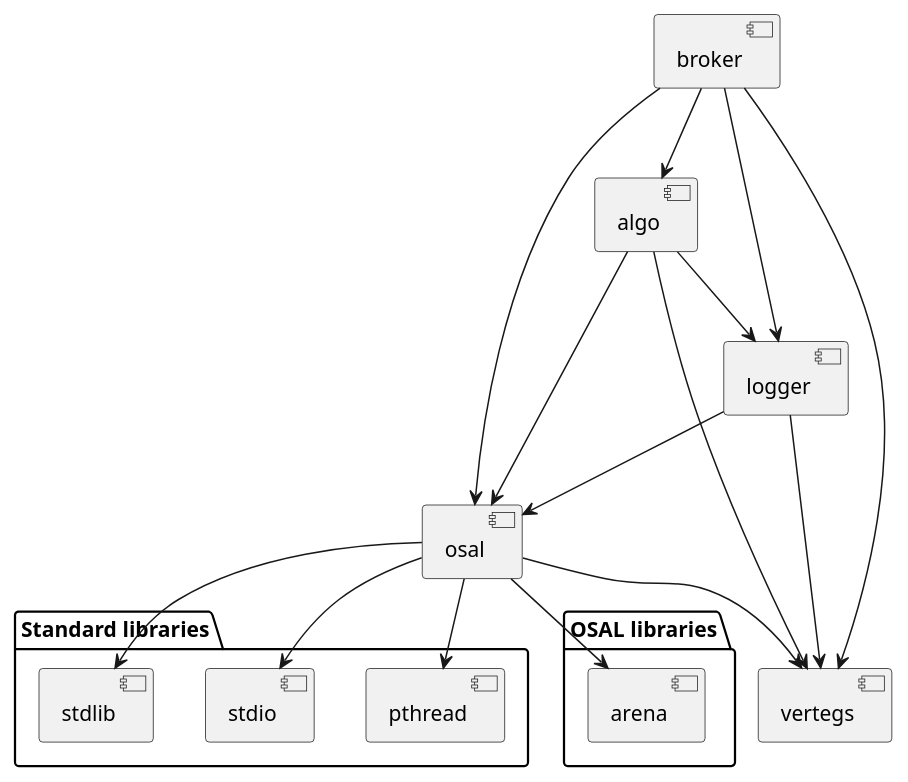
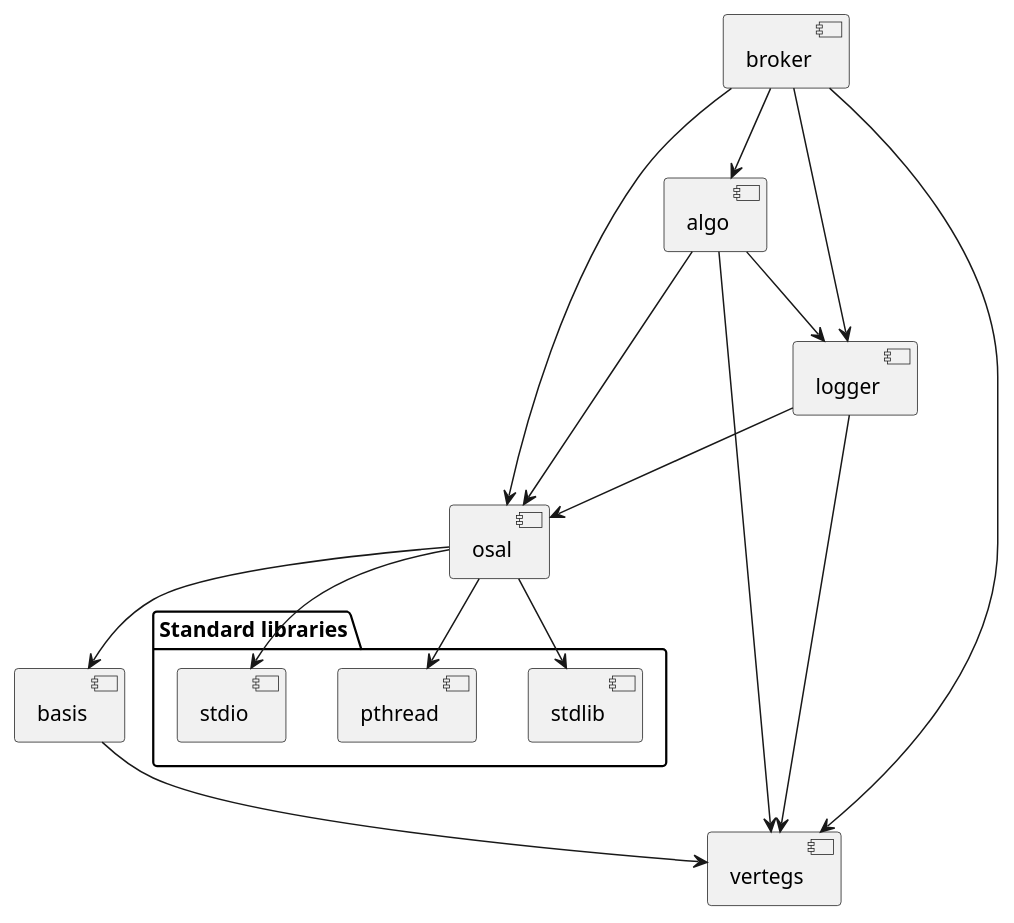
The diagram in docs/hierarchy.puml (SzymonTurno/sturk), drawn with PlantUML before and after one commit. The commit also changed 24 other files, not shown here.

```diff
--- a/docs/hierarchy.puml
+++ b/docs/hierarchy.puml
@@ -1,34 +1,31 @@
-@startuml "Submodules hierarchy"
+@startuml "Modules hierarchy"
 
 package "Standard libraries" {
     [stdio]
     [stdlib]
     [pthread]
 }
 
-package "OSAL libraries" {
-    [arena]
-}
-
 component [vertegs]
+component [basis]
 component [osal]
 component [logger]
 component [algo]
 component [broker]
 
 broker --> vertegs
 broker --> osal
 broker --> logger
 broker --> algo
 algo --> vertegs
 algo --> osal
 algo --> logger
 logger --> vertegs
 logger --> osal
-osal --> vertegs
+osal --> basis
 osal --> stdio
 osal --> stdlib
 osal --> pthread
-osal --> arena
+basis --> vertegs
 
 @enduml
```
